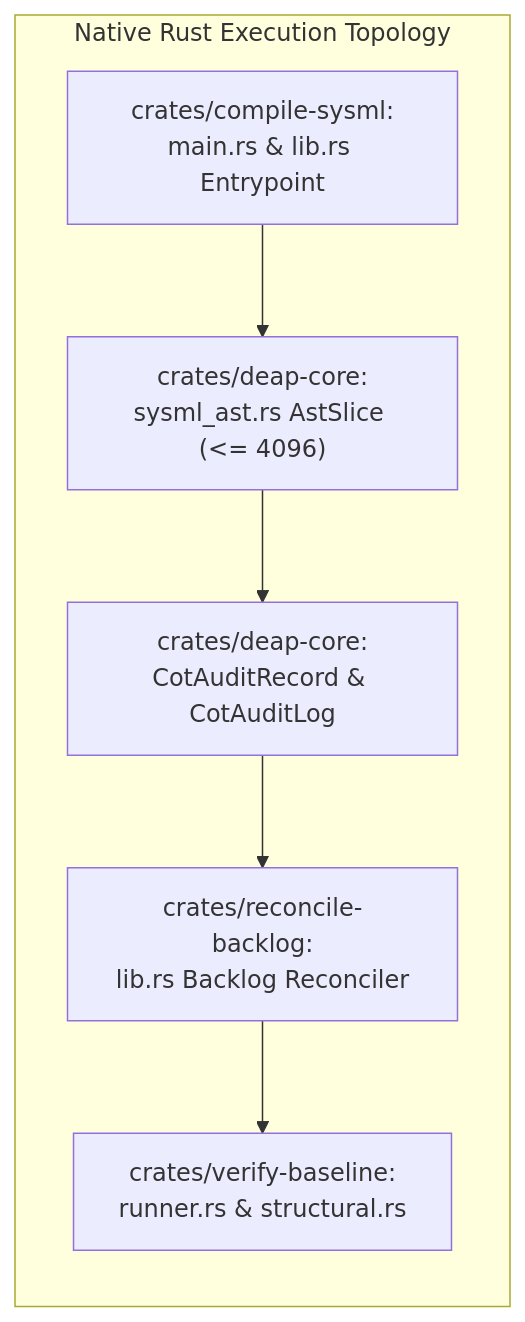
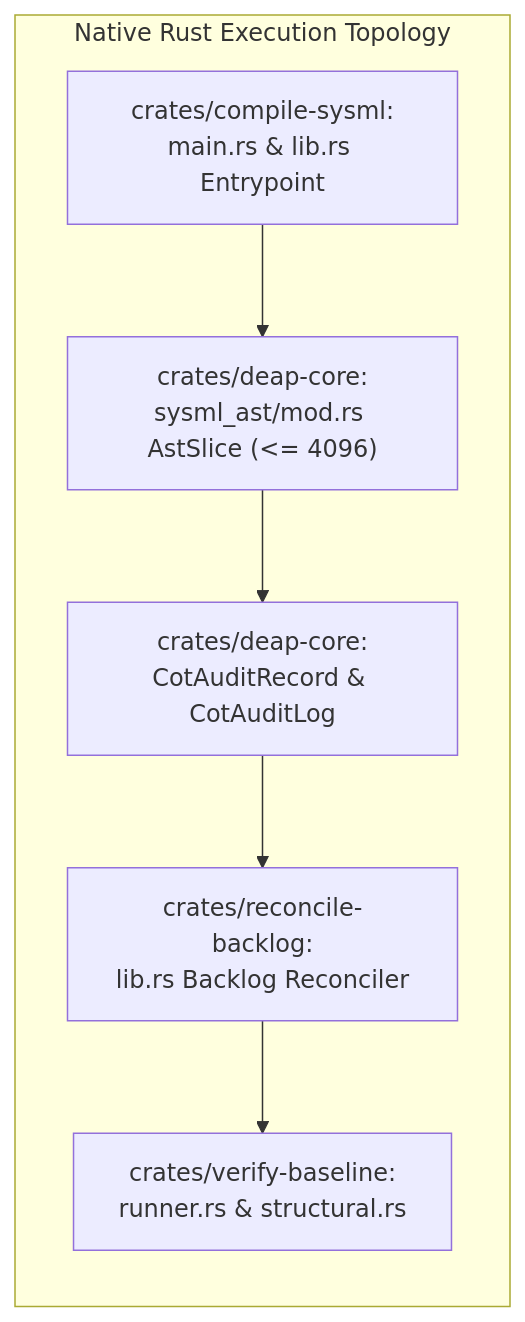
The second of 4 diagrams in docs/architecture/blueprints/DEAP_DEEPSEEK_HARNESS_INTEGRATION_BLUEPRINT.md (gintatkinson/DEAP01-spec-core), drawn with Mermaid before and after one commit. The commit also changed other lines of this file and 16 other files, not shown here.

Commit message:
refactor(deap-core): initialize sysml_ast module directory and extract identifiers

````diff
--- a/docs/architecture/blueprints/DEAP_DEEPSEEK_HARNESS_INTEGRATION_BLUEPRINT.md
+++ b/docs/architecture/blueprints/DEAP_DEEPSEEK_HARNESS_INTEGRATION_BLUEPRINT.md
@@ -106,16 +106,16 @@
 ```mermaid
 flowchart TD
     subgraph PipelineFlow["Native Rust Execution Topology"]
         direction TB
         CLI["crates/compile-sysml:<br/>main.rs & lib.rs Entrypoint"]
-        ASTSlicer["crates/deap-core:<br/>sysml_ast.rs AstSlice (<= 4096)"]
+        ASTSlicer["crates/deap-core:<br/>sysml_ast/mod.rs AstSlice (<= 4096)"]
         AuditEngine["crates/deap-core:<br/>CotAuditRecord & CotAuditLog"]
         BacklogSync["crates/reconcile-backlog:<br/>lib.rs Backlog Reconciler"]
         GateEnforcer["crates/verify-baseline:<br/>runner.rs & structural.rs"]
     end
 
     CLI --> ASTSlicer
     ASTSlicer --> AuditEngine
     AuditEngine --> BacklogSync
     BacklogSync --> GateEnforcer
 ```
````
